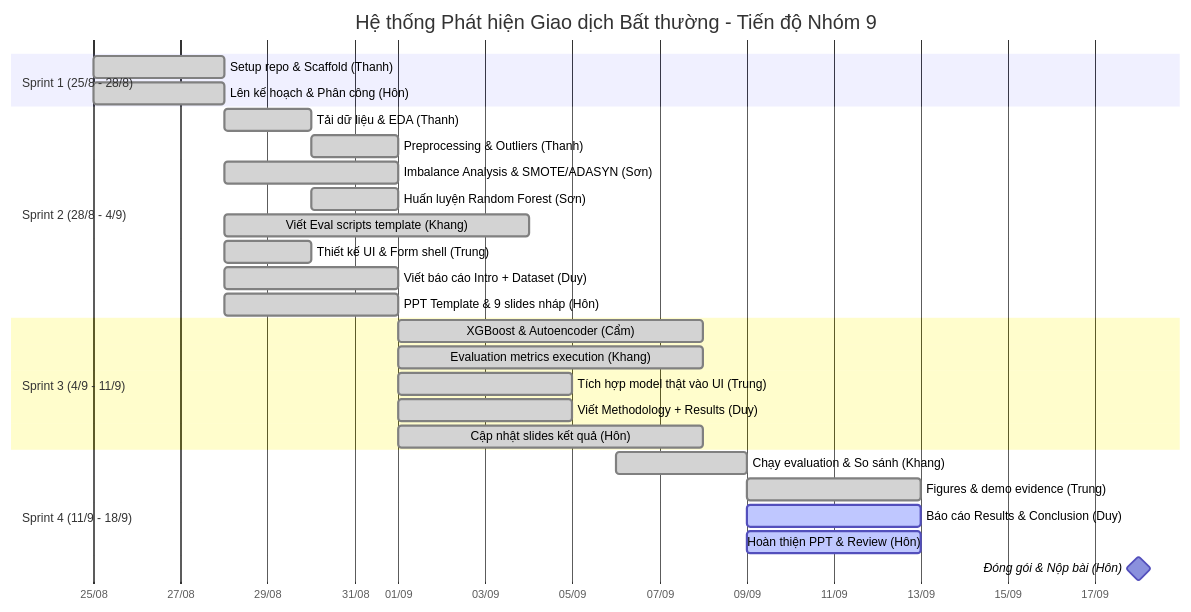
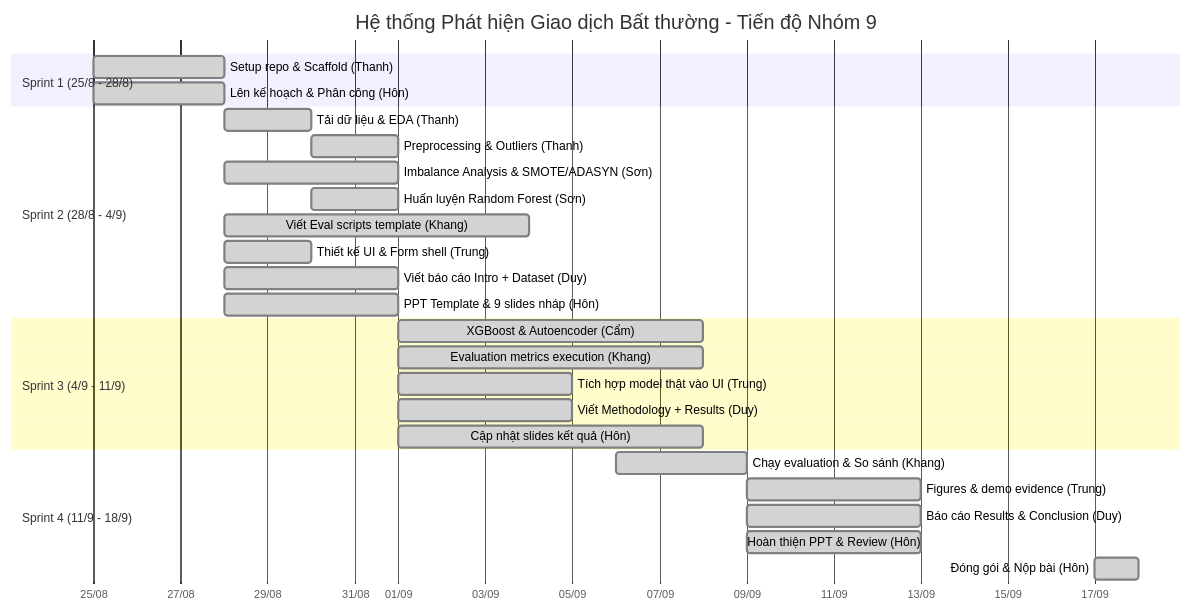
One commit to uit-25730067-chithanh/CS106-Team09-Fraud-Detection changed the diagram in draft/fraud-detection/docs/project-roadmap.md. Above: the diagram before and after it, drawn with Mermaid. The commit also changed other lines of this file and 10 other files, not shown here.

Commit message:
docs: sync project documentation, roadmaps, and submission artifacts with final results

````diff
--- a/draft/fraud-detection/docs/project-roadmap.md
+++ b/draft/fraud-detection/docs/project-roadmap.md
@@ -13,35 +13,35 @@
 ```mermaid
 gantt
     title Hệ thống Phát hiện Giao dịch Bất thường - Tiến độ Nhóm 9
     dateFormat  YYYY-MM-DD
     axisFormat  %d/%m
     tickInterval 1w
 
     section Sprint 1 (25/8 - 28/8)
     Setup repo & Scaffold (Thanh)        :done, s1_1, 2026-08-25, 2026-08-28
     Lên kế hoạch & Phân công (Hôn)      :done, s1_2, 2026-08-25, 2026-08-28
 
     section Sprint 2 (28/8 - 4/9)
     Tải dữ liệu & EDA (Thanh)            :done, s2_1, 2026-08-28, 2d
     Preprocessing & Outliers (Thanh)     :done, s2_2, 2026-08-30, 2d
     Imbalance Analysis & SMOTE/ADASYN (Sơn) :done, s2_3, 2026-08-28, 4d
     Huấn luyện Random Forest (Sơn)       :done, s2_4, 2026-08-30, 2d
     Viết Eval scripts template (Khang)   :done, s2_5, 2026-08-28, 7d
     Thiết kế UI & Form shell (Trung)     :done, s2_6, 2026-08-28, 2d
     Viết báo cáo Intro + Dataset (Duy)   :done, s2_7, 2026-08-28, 4d
     PPT Template & 9 slides nháp (Hôn)   :done, s2_8, 2026-08-28, 4d
 
     section Sprint 3 (4/9 - 11/9)
     XGBoost & Autoencoder (Cẩm)          :done, s3_1, 2026-09-01, 7d
     Evaluation metrics execution (Khang) :done, s3_2, 2026-09-01, 7d
     Tích hợp model thật vào UI (Trung)   :done, s3_3, 2026-09-01, 4d
     Viết Methodology + Results (Duy)      :done, s3_4, 2026-09-01, 4d
     Cập nhật slides kết quả (Hôn)        :done, s3_5, 2026-09-01, 7d
 
     section Sprint 4 (11/9 - 18/9)
     Chạy evaluation & So sánh (Khang)   :done, s4_1, 2026-09-06, 3d
     Figures & demo evidence (Trung)      :done, s4_2, 2026-09-09, 4d
-    Báo cáo Results & Conclusion (Duy)   :active, s4_3, 2026-09-09, 4d
-    Hoàn thiện PPT & Review (Hôn)        :active, s4_4, 2026-09-09, 4d
-    Đóng gói & Nộp bài (Hôn)             :milestone, s4_5, 2026-09-18, 0d
+    Báo cáo Results & Conclusion (Duy)   :done, s4_3, 2026-09-09, 4d
+    Hoàn thiện PPT & Review (Hôn)        :done, s4_4, 2026-09-09, 4d
+    Đóng gói & Nộp bài (Hôn)             :done, s4_5, 2026-09-17, 1d
 ```
````
